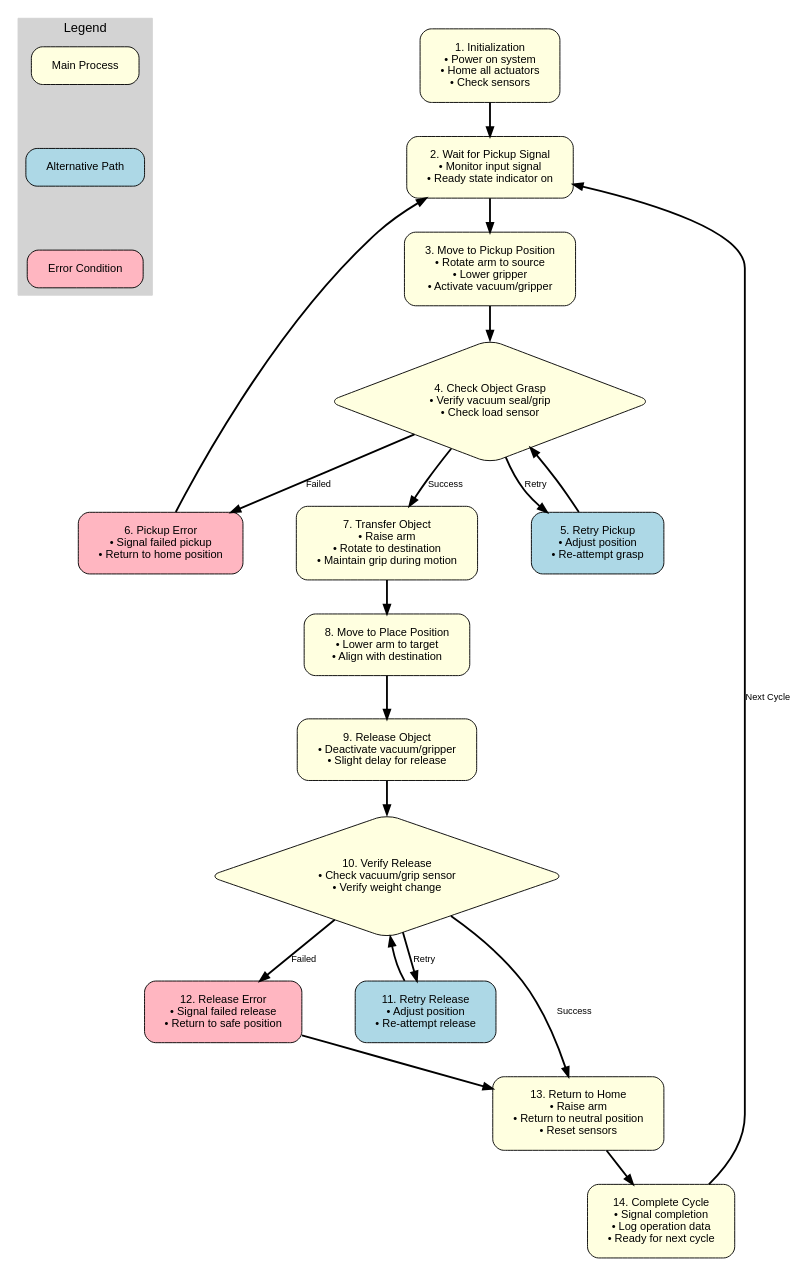
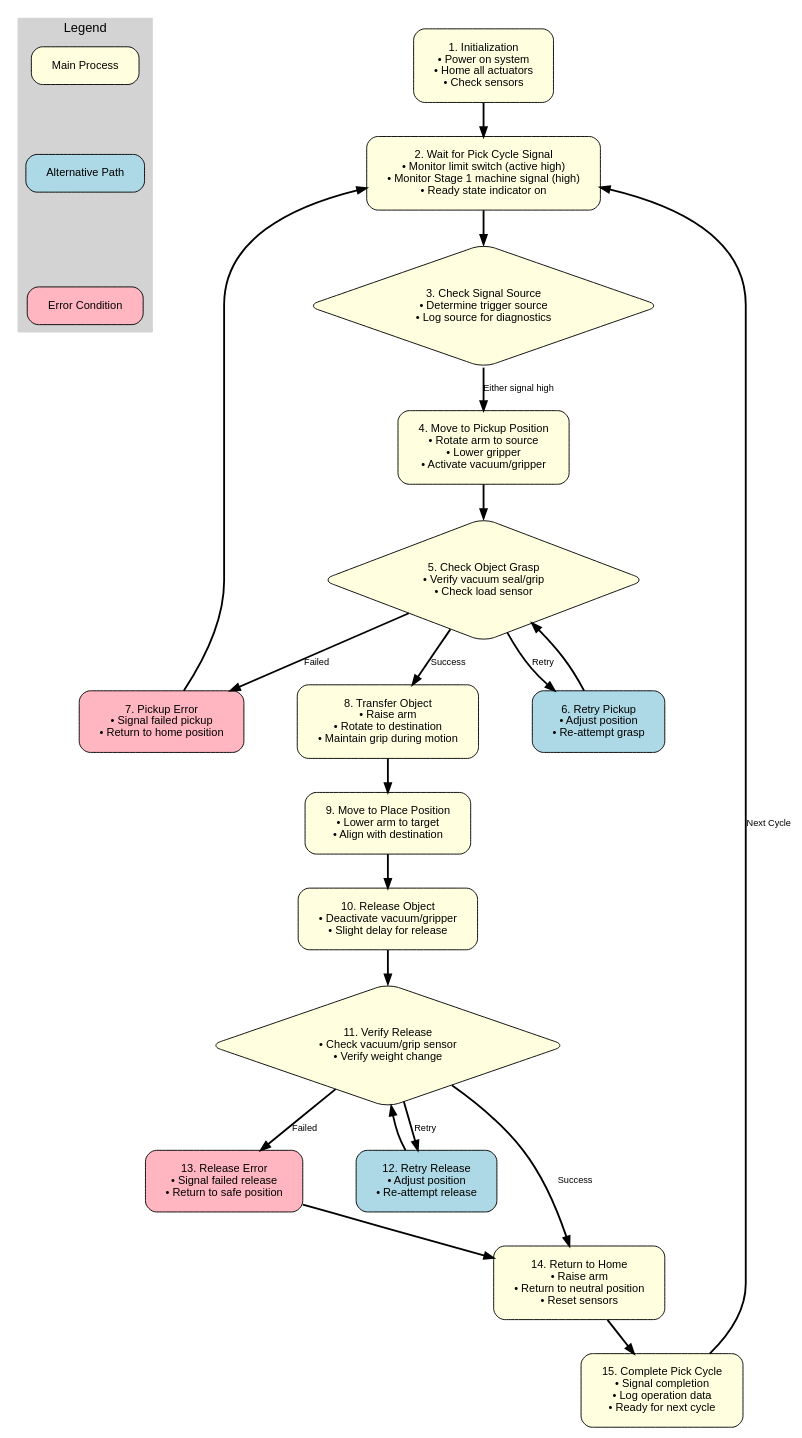
The diagram in flowchart.dot (akivaweil/Transfer-Arm-TA-Mar25), drawn with Graphviz before and after one commit. The commit also changed 2 other files, not shown here.

Commit message:
Updated flowchart to include pick cycle trigger conditions

```diff
--- a/flowchart.dot
+++ b/flowchart.dot
@@ -1,76 +1,81 @@
 digraph "Transfer_Arm_Flow" {
     // Graph settings
     graph [fontname="Arial", ranksep=0.5, nodesep=0.8, splines=true];
     node [fontname="Arial", fontsize=12, style="filled,rounded", shape=box, margin="0.3,0.2"];
     edge [fontname="Arial", fontsize=10, penwidth=2];
     
     // Legend
     subgraph cluster_legend {
         label="Legend";
         style=filled;
         color=lightgrey;
         fontsize=14;
         
         legend_main [label="Main Process", fillcolor=lightyellow];
         legend_alt [label="Alternative Path", fillcolor=lightblue];
         legend_error [label="Error Condition", fillcolor=lightpink];
         
         legend_main -> legend_alt [style=invis];
         legend_alt -> legend_error [style=invis];
     }
 
     // Nodes
     start [label="1. Initialization\n• Power on system\n• Home all actuators\n• Check sensors", fillcolor=lightyellow];
     
-    wait_pickup [label="2. Wait for Pickup Signal\n• Monitor input signal\n• Ready state indicator on", fillcolor=lightyellow];
+    wait_pickup [label="2. Wait for Pick Cycle Signal\n• Monitor limit switch (active high)\n• Monitor Stage 1 machine signal (high)\n• Ready state indicator on", fillcolor=lightyellow];
     
-    position_pickup [label="3. Move to Pickup Position\n• Rotate arm to source\n• Lower gripper\n• Activate vacuum/gripper", fillcolor=lightyellow];
+    check_signal [label="3. Check Signal Source\n• Determine trigger source\n• Log source for diagnostics", shape=diamond, fillcolor=lightyellow];
     
-    check_grasp [label="4. Check Object Grasp\n• Verify vacuum seal/grip\n• Check load sensor", shape=diamond, fillcolor=lightyellow];
+    position_pickup [label="4. Move to Pickup Position\n• Rotate arm to source\n• Lower gripper\n• Activate vacuum/gripper", fillcolor=lightyellow];
     
-    retry_pickup [label="5. Retry Pickup\n• Adjust position\n• Re-attempt grasp", fillcolor=lightblue];
+    check_grasp [label="5. Check Object Grasp\n• Verify vacuum seal/grip\n• Check load sensor", shape=diamond, fillcolor=lightyellow];
     
-    pickup_error [label="6. Pickup Error\n• Signal failed pickup\n• Return to home position", fillcolor=lightpink];
+    retry_pickup [label="6. Retry Pickup\n• Adjust position\n• Re-attempt grasp", fillcolor=lightblue];
     
-    transfer [label="7. Transfer Object\n• Raise arm\n• Rotate to destination\n• Maintain grip during motion", fillcolor=lightyellow];
+    pickup_error [label="7. Pickup Error\n• Signal failed pickup\n• Return to home position", fillcolor=lightpink];
     
-    position_place [label="8. Move to Place Position\n• Lower arm to target\n• Align with destination", fillcolor=lightyellow];
+    transfer [label="8. Transfer Object\n• Raise arm\n• Rotate to destination\n• Maintain grip during motion", fillcolor=lightyellow];
     
-    release_object [label="9. Release Object\n• Deactivate vacuum/gripper\n• Slight delay for release", fillcolor=lightyellow];
+    position_place [label="9. Move to Place Position\n• Lower arm to target\n• Align with destination", fillcolor=lightyellow];
     
-    check_release [label="10. Verify Release\n• Check vacuum/grip sensor\n• Verify weight change", shape=diamond, fillcolor=lightyellow];
+    release_object [label="10. Release Object\n• Deactivate vacuum/gripper\n• Slight delay for release", fillcolor=lightyellow];
     
-    retry_release [label="11. Retry Release\n• Adjust position\n• Re-attempt release", fillcolor=lightblue];
+    check_release [label="11. Verify Release\n• Check vacuum/grip sensor\n• Verify weight change", shape=diamond, fillcolor=lightyellow];
     
-    release_error [label="12. Release Error\n• Signal failed release\n• Return to safe position", fillcolor=lightpink];
+    retry_release [label="12. Retry Release\n• Adjust position\n• Re-attempt release", fillcolor=lightblue];
     
-    return_home [label="13. Return to Home\n• Raise arm\n• Return to neutral position\n• Reset sensors", fillcolor=lightyellow];
+    release_error [label="13. Release Error\n• Signal failed release\n• Return to safe position", fillcolor=lightpink];
     
-    complete_cycle [label="14. Complete Cycle\n• Signal completion\n• Log operation data\n• Ready for next cycle", fillcolor=lightyellow];
+    return_home [label="14. Return to Home\n• Raise arm\n• Return to neutral position\n• Reset sensors", fillcolor=lightyellow];
+    
+    complete_cycle [label="15. Complete Pick Cycle\n• Signal completion\n• Log operation data\n• Ready for next cycle", fillcolor=lightyellow];
     
     // Edges
     start -> wait_pickup;
-    wait_pickup -> position_pickup;
+    wait_pickup -> check_signal;
+    
+    check_signal -> position_pickup [label="Either signal high"];
+    
     position_pickup -> check_grasp;
     
     check_grasp -> transfer [label="Success"];
     check_grasp -> retry_pickup [label="Retry"];
     check_grasp -> pickup_error [label="Failed"];
     
     retry_pickup -> check_grasp;
     pickup_error -> wait_pickup;
     
     transfer -> position_place;
     position_place -> release_object;
     release_object -> check_release;
     
     check_release -> return_home [label="Success"];
     check_release -> retry_release [label="Retry"];
     check_release -> release_error [label="Failed"];
     
     retry_release -> check_release;
     release_error -> return_home;
     
     return_home -> complete_cycle;
     complete_cycle -> wait_pickup [label="Next Cycle"];
 } 
```
